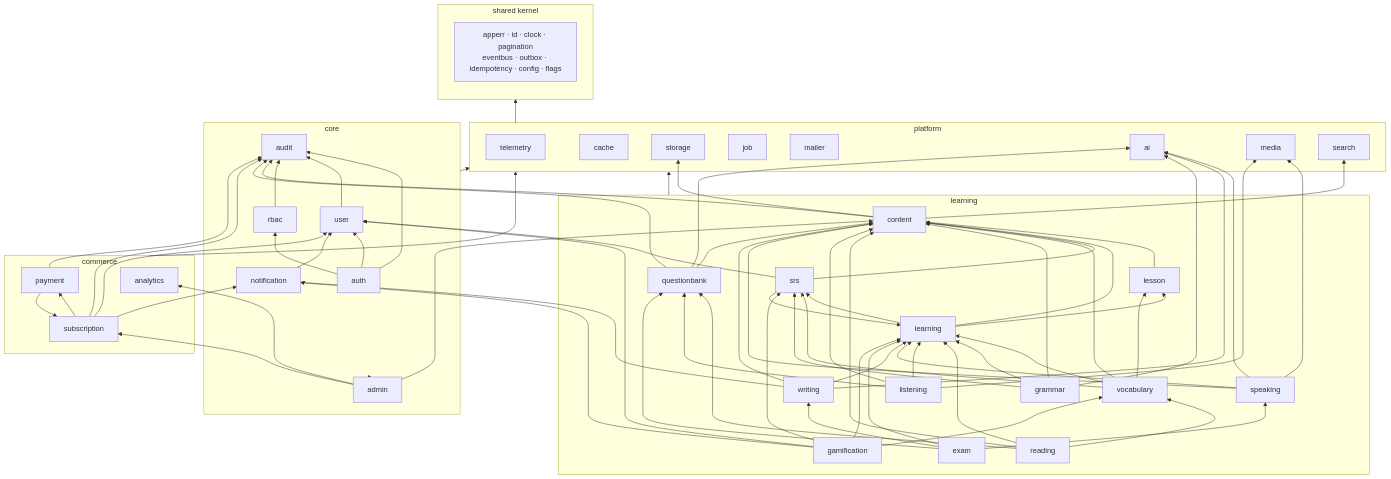
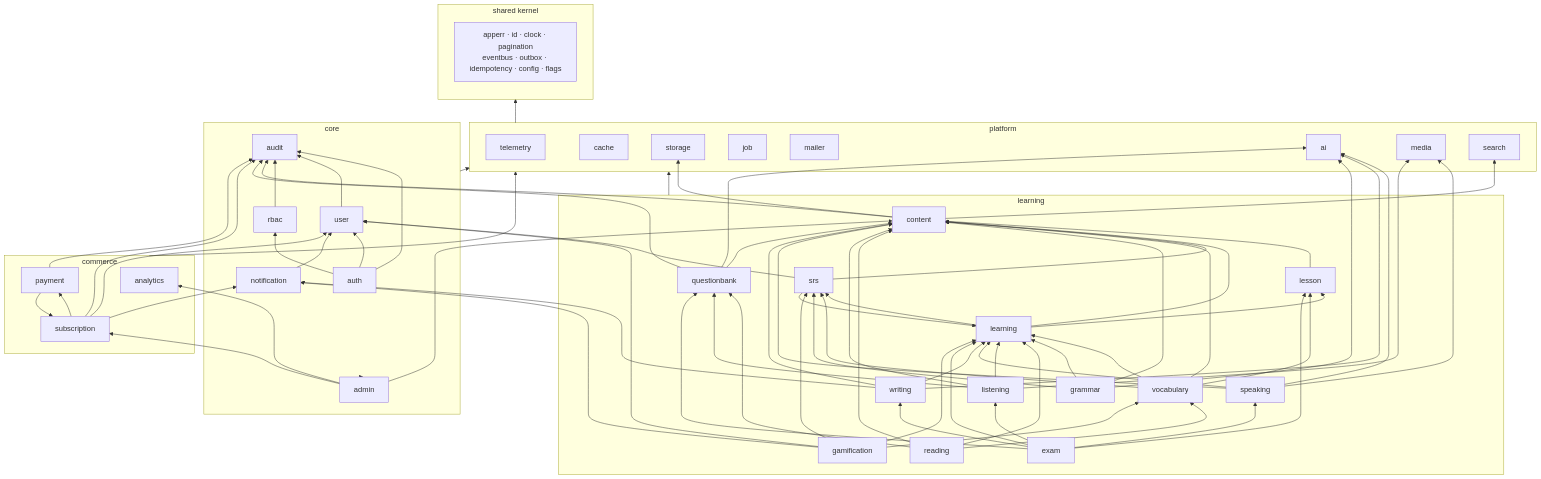
One commit to vnghi61/fluentra changed the diagram in MODULE_INDEX.md. Above: the diagram before and after it, drawn with Mermaid. The commit also changed other lines of this file and 36 other files, not shown here.

Commit message:
docs(exam,listening,speaking,media): align records, docgen and architecture edges (§3.0, §3.1)

````diff
--- a/MODULE_INDEX.md
+++ b/MODULE_INDEX.md
@@ -111,62 +111,62 @@
 ```mermaid
 graph BT
     subgraph shared["shared kernel"]
         SH[apperr · id · clock · pagination<br/>eventbus · outbox · idempotency · config · flags]
     end
 
     subgraph platform
         TEL[telemetry]; CCH[cache]; STO[storage]; JOB[job]
         MAIL[mailer]; AI[ai]; MED[media]; SCH[search]
     end
 
     subgraph core
         AUTH[auth]; USR[user]; RBAC[rbac]; AUD[audit]; ADM[admin]; NOT[notification]
     end
 
     subgraph learning
         CNT[content]; LSN[lesson]; LRN[learning]; SRS[srs]
         VOC[vocabulary]; GRM[grammar]; RDG[reading]
         LIS[listening]; SPK[speaking]; WRT[writing]
         QB[questionbank]; EXM[exam]; GAM[gamification]
     end
 
     subgraph commerce
         ANA[analytics]; SUB[subscription]; PAY[payment]
     end
 
     platform --> shared
     core --> platform
     learning --> platform
     commerce --> platform
     AUTH --> USR & RBAC & AUD
     ADM --> core
     ADM --> CNT & ANA & SUB
     USR & RBAC & CNT & QB & SUB & PAY --> AUD
     NOT --> USR
     CNT --> STO & SCH
     LSN --> CNT
     LRN --> CNT
     LRN --> LSN & SRS
     SRS --> CNT
     SRS --> USR
     SRS --> LRN
     VOC & GRM --> SRS
     VOC --> LSN
     VOC & GRM & RDG & LIS & SPK & WRT --> CNT
     VOC & GRM & RDG & LIS & SPK & WRT & EXM --> LRN
     RDG & LIS --> QB
     RDG --> VOC
     SPK & LIS --> MED
     SPK & WRT & GRM & QB --> AI
     QB --> CNT
     WRT & GAM & SUB --> NOT
     EXM --> QB
-    EXM --> WRT & SPK
+    EXM --> WRT & SPK & LSN & LIS
     GAM --> LRN
     GAM --> SRS
     GAM --> USR
     GAM --> VOC
     SUB --> PAY
     SUB --> USR
     PAY --> SUB
 ```
````
